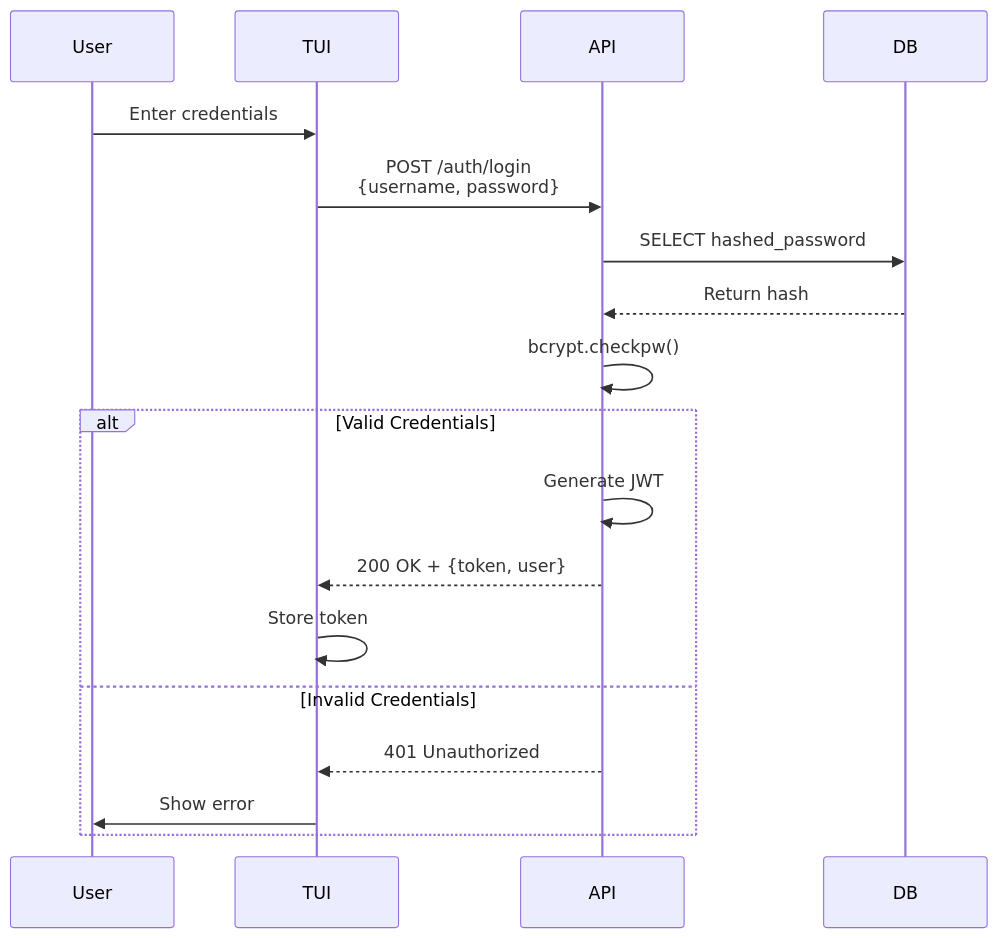
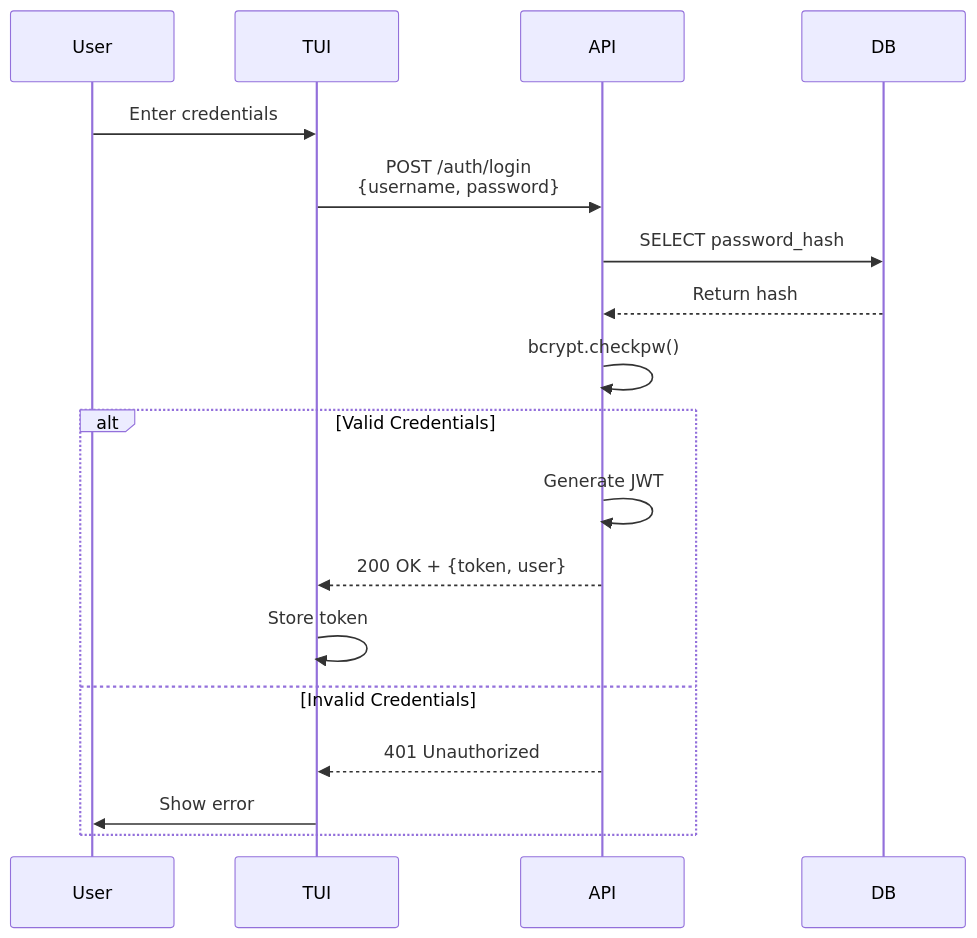
The ninth of 10 diagrams in docs/architecture.md (KrystianSpiewak/SmartNest), drawn with Mermaid before and after one commit. The commit also changed other lines of this file and 12 other files, not shown here.

````diff
--- a/docs/architecture.md
+++ b/docs/architecture.md
@@ -609,21 +561,21 @@
 ```mermaid
 sequenceDiagram
     participant User
     participant TUI
     participant API
     participant DB
 
     User->>TUI: Enter credentials
     TUI->>API: POST /auth/login<br/>{username, password}
-    API->>DB: SELECT hashed_password
+    API->>DB: SELECT password_hash
     DB-->>API: Return hash
     API->>API: bcrypt.checkpw()
     alt Valid Credentials
         API->>API: Generate JWT
         API-->>TUI: 200 OK + {token, user}
         TUI->>TUI: Store token
     else Invalid Credentials
         API-->>TUI: 401 Unauthorized
         TUI->>User: Show error
     end
 ```
````
